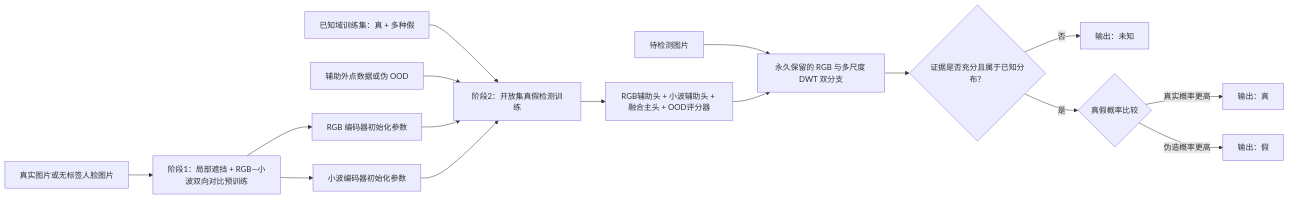
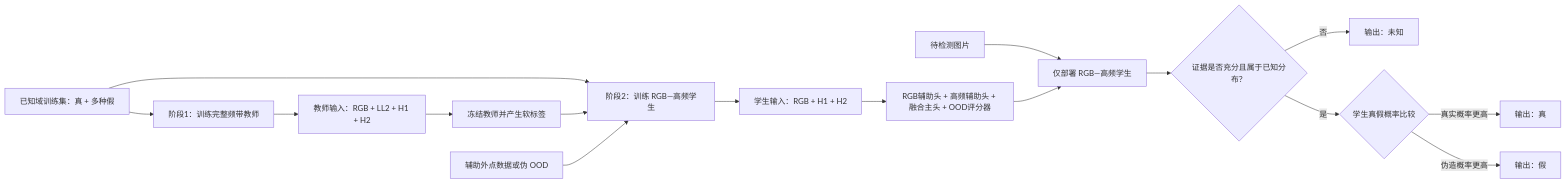
Before and after one commit to djy051122/passive-defence-: the diagram in 小波驱动的深度伪造图片三分类检测研究思路.md, drawn with Mermaid. The commit also changed other lines of this file, not shown here.

````diff
--- a/小波驱动的深度伪造图片三分类检测研究思路.md
+++ b/小波驱动的深度伪造图片三分类检测研究思路.md
@@ -38,20 +38,20 @@
 ```mermaid
 flowchart LR
-    A["真实图片或无标签人脸图片"] --> B["阶段1：局部遮挡 + RGB—小波双向对比预训练"]
-    B --> C["RGB 编码器初始化参数"]
-    B --> D["小波编码器初始化参数"]
+    A["已知域训练集：真 + 多种假"] --> B["阶段1：训练完整频带教师"]
+    B --> C["教师输入：RGB + LL2 + H1 + H2"]
+    C --> D["冻结教师并产生软标签"]
 
-    E["已知域训练集：真 + 多种假"] --> F["阶段2：开放集真假检测训练"]
-    G["辅助外点数据或伪 OOD"] --> F
-    C --> F
-    D --> F
+    A --> E["阶段2：训练 RGB—高频学生"]
+    D --> E
+    F["辅助外点数据或伪 OOD"] --> E
+    E --> G["学生输入：RGB + H1 + H2"]
+    G --> H["RGB辅助头 + 高频辅助头 + 融合主头 + OOD评分器"]
 
-    F --> H["RGB辅助头 + 小波辅助头 + 融合主头 + OOD评分器"]
-    I["待检测图片"] --> J["永久保留的 RGB 与多尺度 DWT 双分支"]
+    I["待检测图片"] --> J["仅部署 RGB—高频学生"]
     H --> J
     J --> K{"证据是否充分且属于已知分布？"}
     K -->|"否"| L["输出：未知"]
-    K -->|"是"| M{"真假概率比较"}
+    K -->|"是"| M{"学生真假概率比较"}
     M -->|"真实概率更高"| N["输出：真"]
     M -->|"伪造概率更高"| O["输出：假"]
 ```
````
